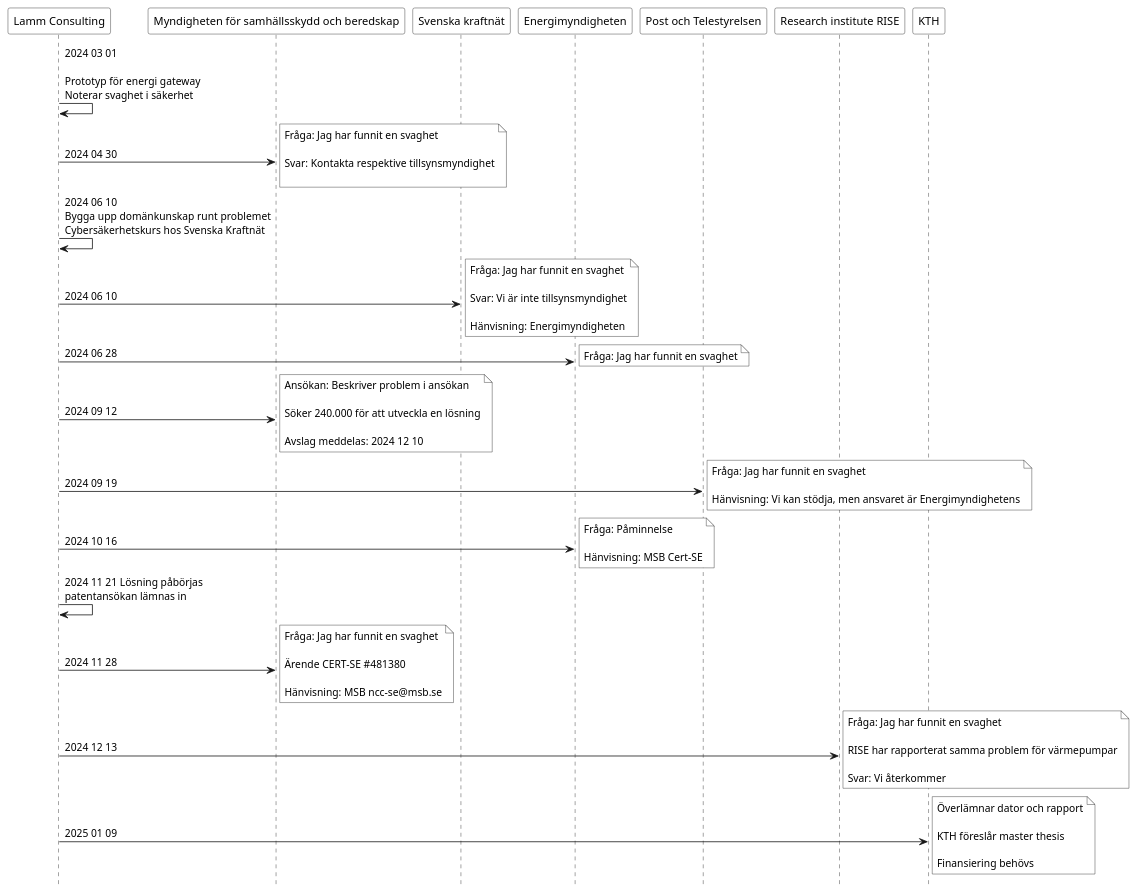
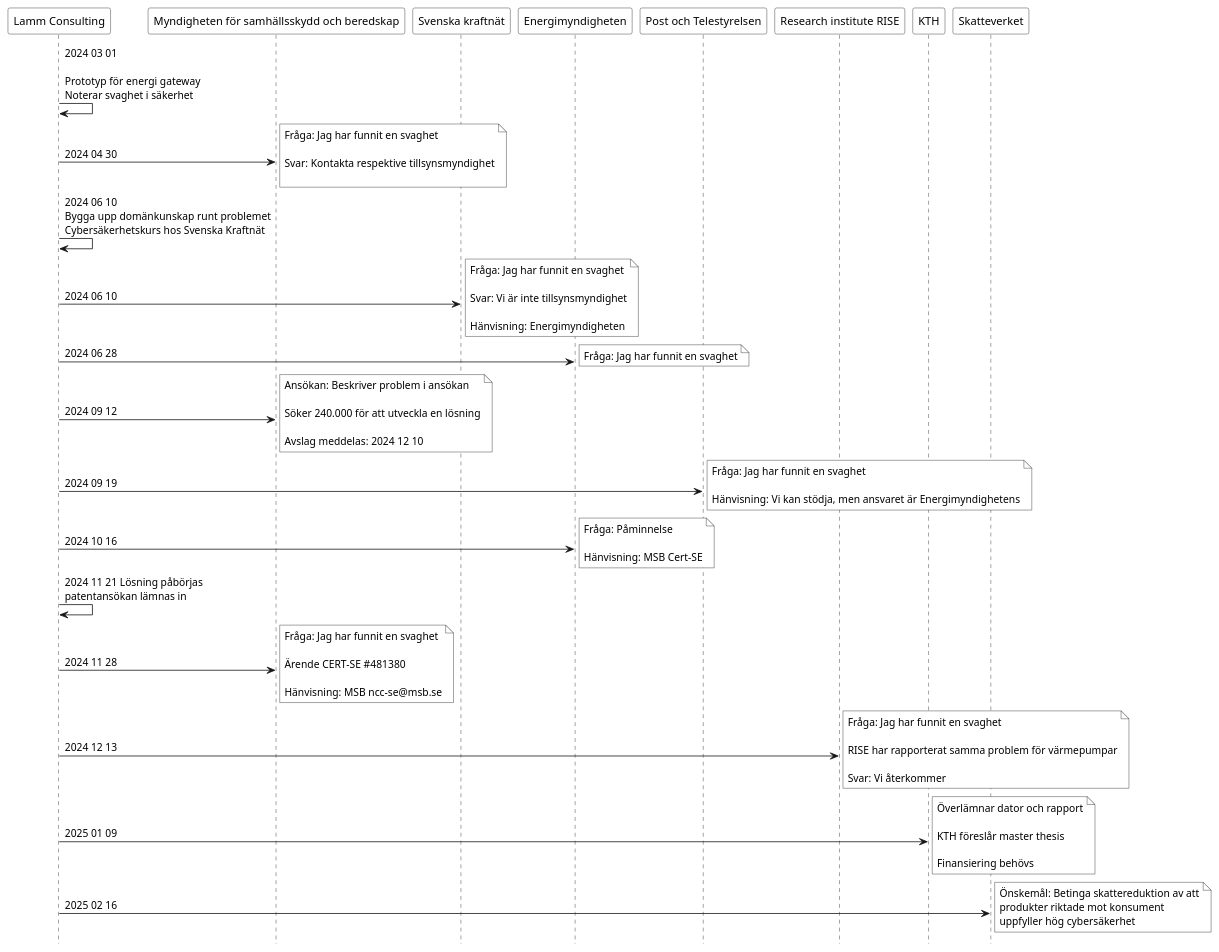
The diagram in static/images/incident.puml (hans-lammda/hans-lammda-github.io), drawn with PlantUML before and after one commit. The commit also changed 3 other files, not shown here.

```diff
--- a/static/images/incident.puml
+++ b/static/images/incident.puml
@@ -1,33 +1,36 @@
 @startuml
 
 hide footbox
 participant "Lamm Consulting"  as LM #FFFFFF
 participant  "Myndigheten för samhällsskydd och beredskap" as MSB  #FFFFFF
 participant  "Svenska kraftnät" as SVK  #FFFFFF
 participant  "Energimyndigheten" as EM #FFFFFF
 participant  "Post och Telestyrelsen" as PTS #FFFFFF
 participant  "Research institute RISE" as RISE #FFFFFF
 participant  "KTH" as KTH #FFFFFF
+participant  "Skatteverket" as SKV #FFFFFF
 
 LM -> LM:  2024 03 01\n\nPrototyp för energi gateway\nNoterar svaghet i säkerhet
 LM -> MSB: 2024 04 30 
 note right #FFFFFF : Fråga: Jag har funnit en svaghet \n\nSvar: Kontakta respektive tillsynsmyndighet\n
 LM -> LM:  2024 06 10 \nBygga upp domänkunskap runt problemet\nCybersäkerhetskurs hos Svenska Kraftnät
 LM -> SVK: 2024 06 10 
 note right #FFFFFF : Fråga: Jag har funnit en svaghet \n\nSvar: Vi är inte tillsynsmyndighet\n\nHänvisning: Energimyndigheten
 LM -> EM: 2024 06 28 
 note right #FFFFFF : Fråga: Jag har funnit en svaghet
 LM -> MSB: 2024 09 12 
 note right #FFFFFF : Ansökan: Beskriver problem i ansökan\n\nSöker 240.000 för att utveckla en lösning\n\nAvslag meddelas: 2024 12 10
 LM -> PTS: 2024 09 19 
 note right #FFFFFF : Fråga: Jag har funnit en svaghet\n\nHänvisning: Vi kan stödja, men ansvaret är Energimyndighetens
 LM -> EM: 2024 10 16 
 note right #FFFFFF : Fråga: Påminnelse\n\nHänvisning: MSB Cert-SE
 LM -> LM: 2024 11 21 Lösning påbörjas\npatentansökan lämnas in
 LM -> MSB: 2024 11 28 
 note right #FFFFFF : Fråga: Jag har funnit en svaghet\n\nÄrende CERT-SE #481380\n\nHänvisning: MSB ncc-se@msb.se
 LM -> RISE: 2024 12 13 
 note right #FFFFFF : Fråga: Jag har funnit en svaghet\n\nRISE har rapporterat samma problem för värmepumpar\n\nSvar: Vi återkommer
 LM -> KTH: 2025 01 09 
 note right #FFFFFF : Överlämnar dator och rapport\n\nKTH föreslår master thesis\n\nFinansiering behövs
+LM -> SKV: 2025 02 16 
+note right #FFFFFF : Önskemål: Betinga skattereduktion av att\nprodukter riktade mot konsument\nuppfyller hög cybersäkerhet
 @enduml
```
